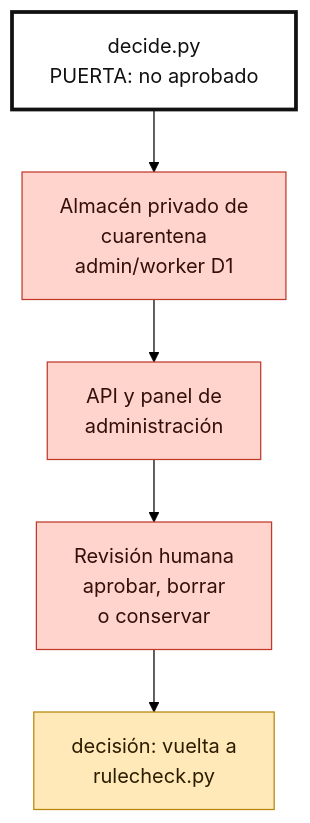
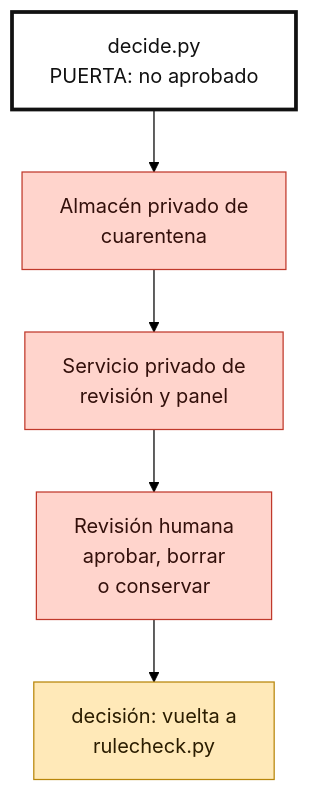
The diagram in docs/wiki/diagrams/architecture-3-quarantine.es.mmd (MacGuard/macguard-yara-channel), drawn with Mermaid (forest theme) before and after one commit. The commit also changed 53 other files, not shown here.

```diff
--- a/docs/wiki/diagrams/architecture-3-quarantine.es.mmd
+++ b/docs/wiki/diagrams/architecture-3-quarantine.es.mmd
@@ -1,14 +1,14 @@
 %%{init: {"flowchart": {"wrappingWidth": 300}}}%%
 flowchart TB
   d["decide.py<br/>PUERTA: no aprobado"]:::gate
-  q["Almacén privado de<br/>cuarentena<br/>admin/worker D1"]:::bad
-  api["API y panel de<br/>administración"]:::bad
+  q["Almacén privado de<br/>cuarentena"]:::bad
+  api["Servicio privado de<br/>revisión y panel"]:::bad
   hr["Revisión humana<br/>aprobar, borrar<br/>o conservar"]:::bad
   r["decisión: vuelta a<br/>rulecheck.py"]:::chk
   d --> q
   q --> api
   api --> hr
   hr --> r
   classDef gate fill:#ffffff,stroke:#111111,stroke-width:3px,color:#111111
   classDef bad fill:#ffd4cc,stroke:#c0392b,color:#33100b
   classDef chk fill:#ffe9b8,stroke:#b8860b,color:#2b1d00
```
